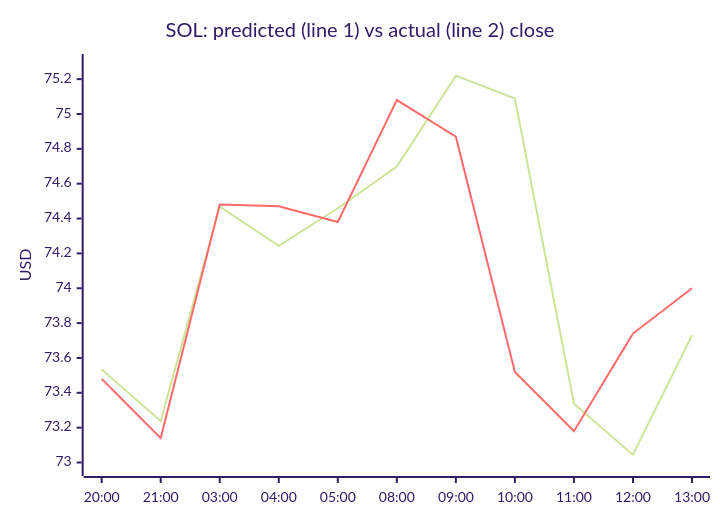
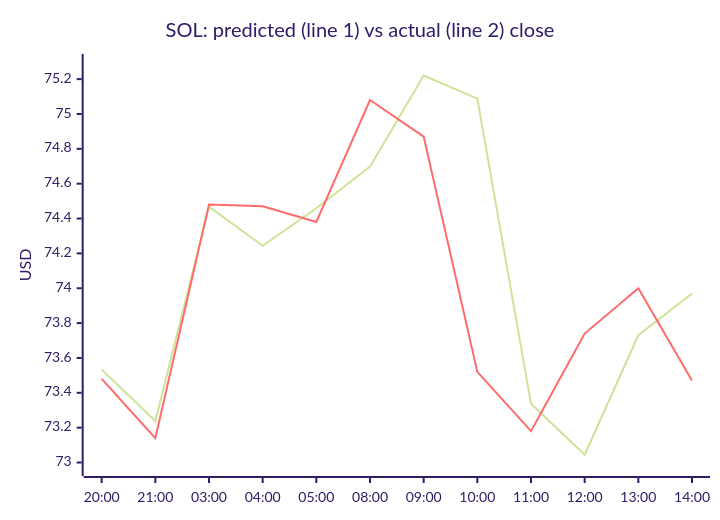
The third of 4 diagrams in README.md (samuelkreitl-wq/crypto-hourly-forecaster), drawn with Mermaid (forest theme) before and after one commit. The commit also changed other lines of this file and 14 other files, not shown here.

````diff
--- a/README.md
+++ b/README.md
@@ -56,8 +56,8 @@
 ```mermaid
 xychart-beta
     title "SOL: predicted (line 1) vs actual (line 2) close"
-    x-axis ["20:00", "21:00", "03:00", "04:00", "05:00", "08:00", "09:00", "10:00", "11:00", "12:00", "13:00"]
+    x-axis ["20:00", "21:00", "03:00", "04:00", "05:00", "08:00", "09:00", "10:00", "11:00", "12:00", "13:00", "14:00"]
     y-axis "USD" 72.9714 --> 75.2954
-    line [73.5341, 73.2381, 74.4685, 74.2437, 74.4589, 74.6981, 75.2202, 75.0883, 73.3377, 73.0445, 73.7306]
-    line [73.4800, 73.1400, 74.4800, 74.4700, 74.3800, 75.0800, 74.8700, 73.5200, 73.1800, 73.7400, 74.0000]
+    line [73.5341, 73.2381, 74.4685, 74.2437, 74.4589, 74.6981, 75.2202, 75.0883, 73.3377, 73.0445, 73.7306, 73.9697]
+    line [73.4800, 73.1400, 74.4800, 74.4700, 74.3800, 75.0800, 74.8700, 73.5200, 73.1800, 73.7400, 74.0000, 73.4700]
 ```
````
